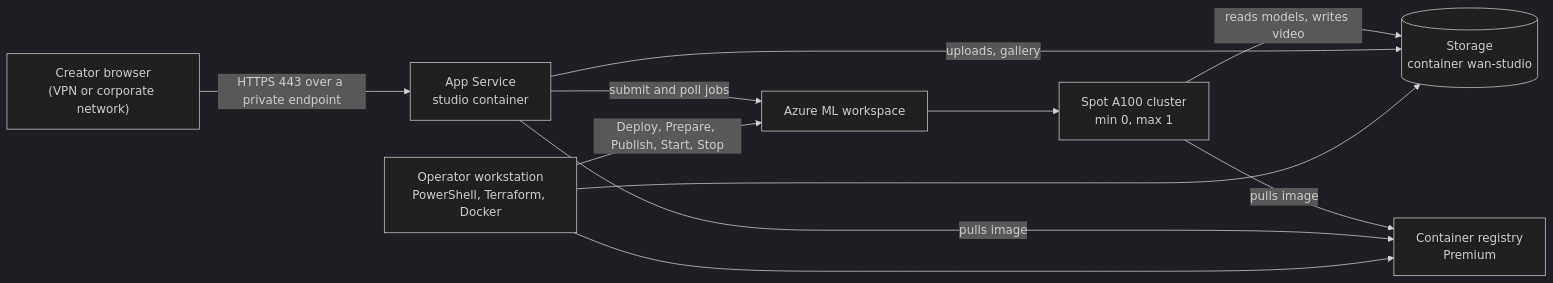
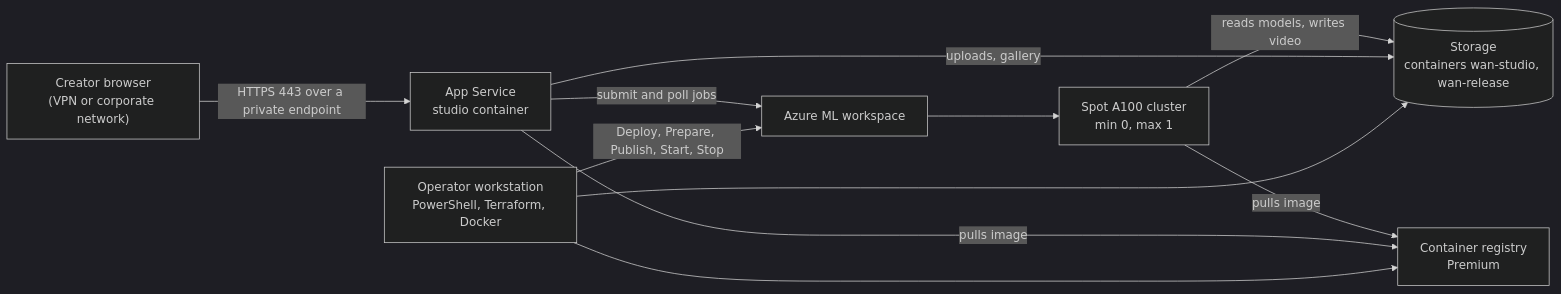
Before and after one commit to seiggy/wan-safety-studio: the diagram in docs-site/deployment/intro.mdx, drawn with Mermaid (dark theme). The commit also changed 33 other files, not shown here.

First line of the commit message:
Isolate release assets: separate container and datastore, scoped roles, custom portal role

````diff
--- a/docs-site/deployment/intro.mdx
+++ b/docs-site/deployment/intro.mdx
@@ -27,13 +27,13 @@
 ```mermaid
 flowchart LR
   creator["Creator browser<br/>(VPN or corporate network)"] -->|"HTTPS 443 over a private endpoint"| site["App Service<br/>studio container"]
   site -->|"submit and poll jobs"| aml["Azure ML workspace"]
   aml --> gpu["Spot A100 cluster<br/>min 0, max 1"]
-  gpu -->|"reads models, writes video"| blob[("Storage<br/>container wan-studio")]
+  gpu -->|"reads models, writes video"| blob[("Storage<br/>containers wan-studio, wan-release")]
   site -->|"uploads, gallery"| blob
   gpu -->|"pulls image"| acr["Container registry<br/>Premium"]
   site -->|"pulls image"| acr
   operator["Operator workstation<br/>PowerShell, Terraform, Docker"] -->|"Deploy, Prepare, Publish, Start, Stop"| aml
   operator --> acr
   operator --> blob
 ```
````
